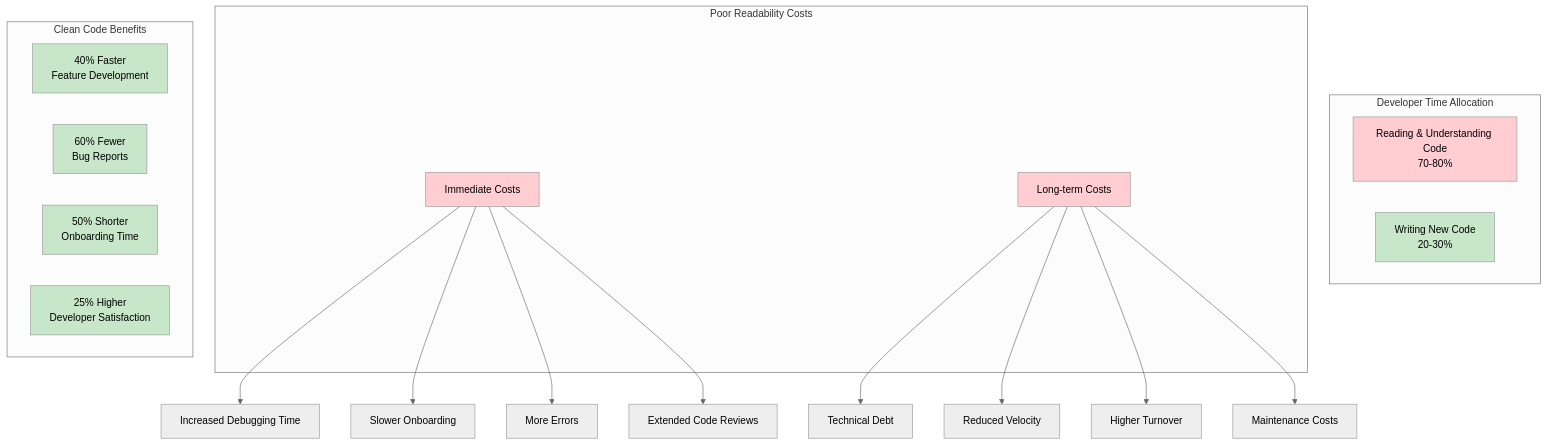
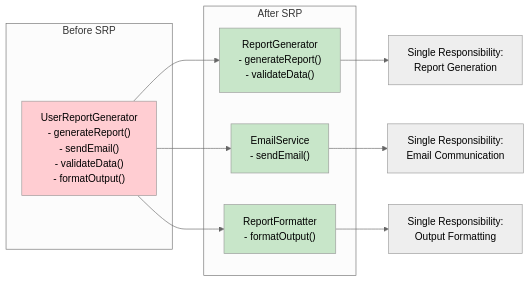
Before and after one commit to hunkim/VibeSoftwareEngineering: the second of 4 diagrams in chapters/chapter-05.md, drawn with Mermaid (neutral theme). The commit also changed other lines of this file and 17 other files, not shown here.

````diff
--- a/chapters/chapter-05.md
+++ b/chapters/chapter-05.md
@@ -24,38 +87,25 @@
 ```mermaid
-graph TD
-    subgraph "Developer Time Allocation"
-        A["Reading & Understanding Code<br/>70-80%"]
-        B["Writing New Code<br/>20-30%"]
+graph LR
+    subgraph "Before SRP"
+        A["UserReportGenerator<br/>- generateReport()<br/>- sendEmail()<br/>- validateData()<br/>- formatOutput()"]
     end
     
-    subgraph "Poor Readability Costs"
-        C["Immediate Costs"]
-        D["Long-term Costs"]
+    subgraph "After SRP"
+        B["ReportGenerator<br/>- generateReport()<br/>- validateData()"]
+        C["EmailService<br/>- sendEmail()"]
+        D["ReportFormatter<br/>- formatOutput()"]
     end
     
-    C --> E["Increased Debugging Time"]
-    C --> F["Slower Onboarding"]
-    C --> G["More Errors"]
-    C --> H["Extended Code Reviews"]
+    A --> B
+    A --> C
+    A --> D
     
-    D --> I["Technical Debt"]
-    D --> J["Reduced Velocity"]
-    D --> K["Higher Turnover"]
-    D --> L["Maintenance Costs"]
-    
-    subgraph "Clean Code Benefits"
-        M["40% Faster<br/>Feature Development"]
-        N["60% Fewer<br/>Bug Reports"]
-        O["50% Shorter<br/>Onboarding Time"]
-        P["25% Higher<br/>Developer Satisfaction"]
-    end
+    B --> E["Single Responsibility:<br/>Report Generation"]
+    C --> F["Single Responsibility:<br/>Email Communication"]
+    D --> G["Single Responsibility:<br/>Output Formatting"]
     
     style A fill:#ffcdd2
     style B fill:#c8e6c9
-    style C fill:#ffcdd2
-    style D fill:#ffcdd2
-    style M fill:#c8e6c9
-    style N fill:#c8e6c9
-    style O fill:#c8e6c9
-    style P fill:#c8e6c9
+    style C fill:#c8e6c9
+    style D fill:#c8e6c9
 ```
````
